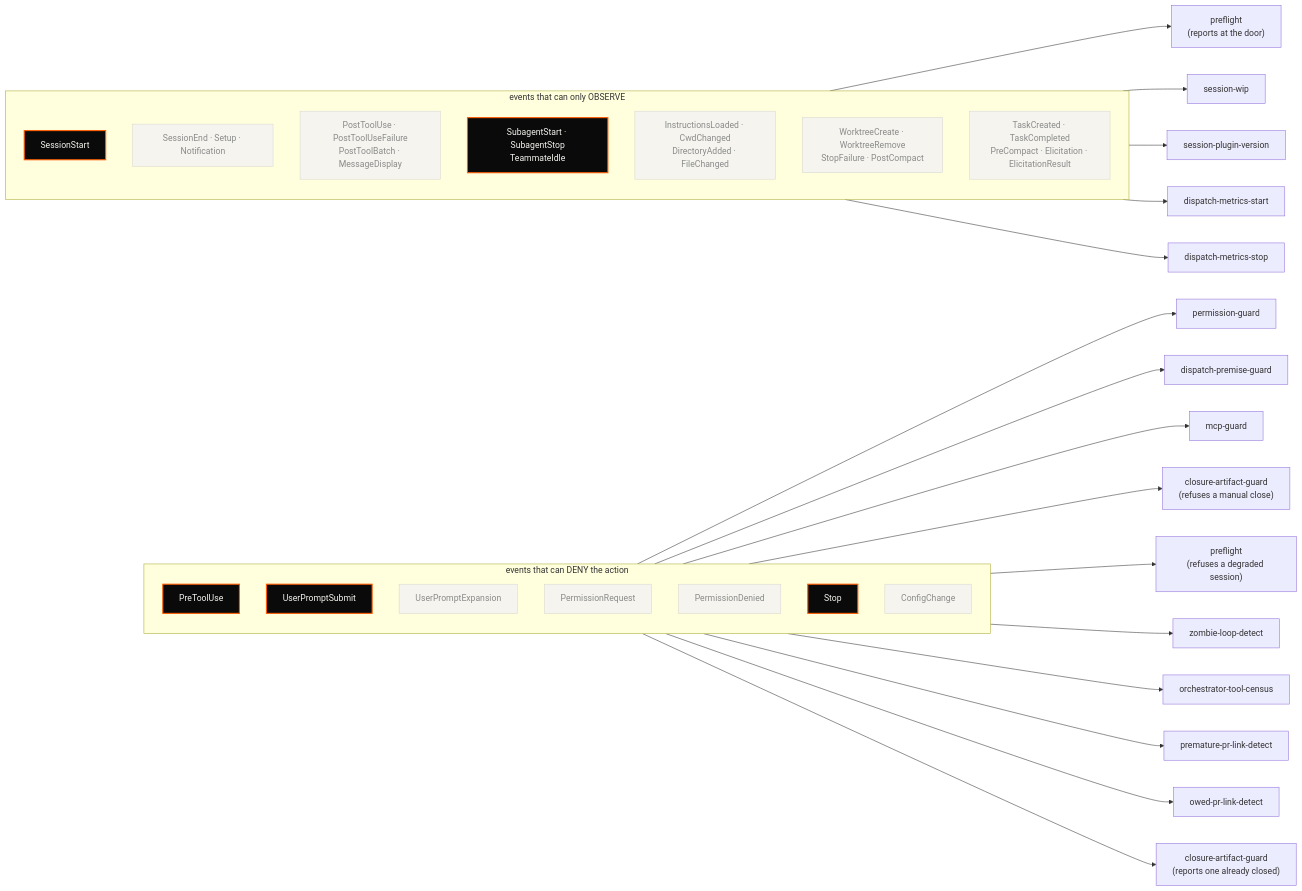
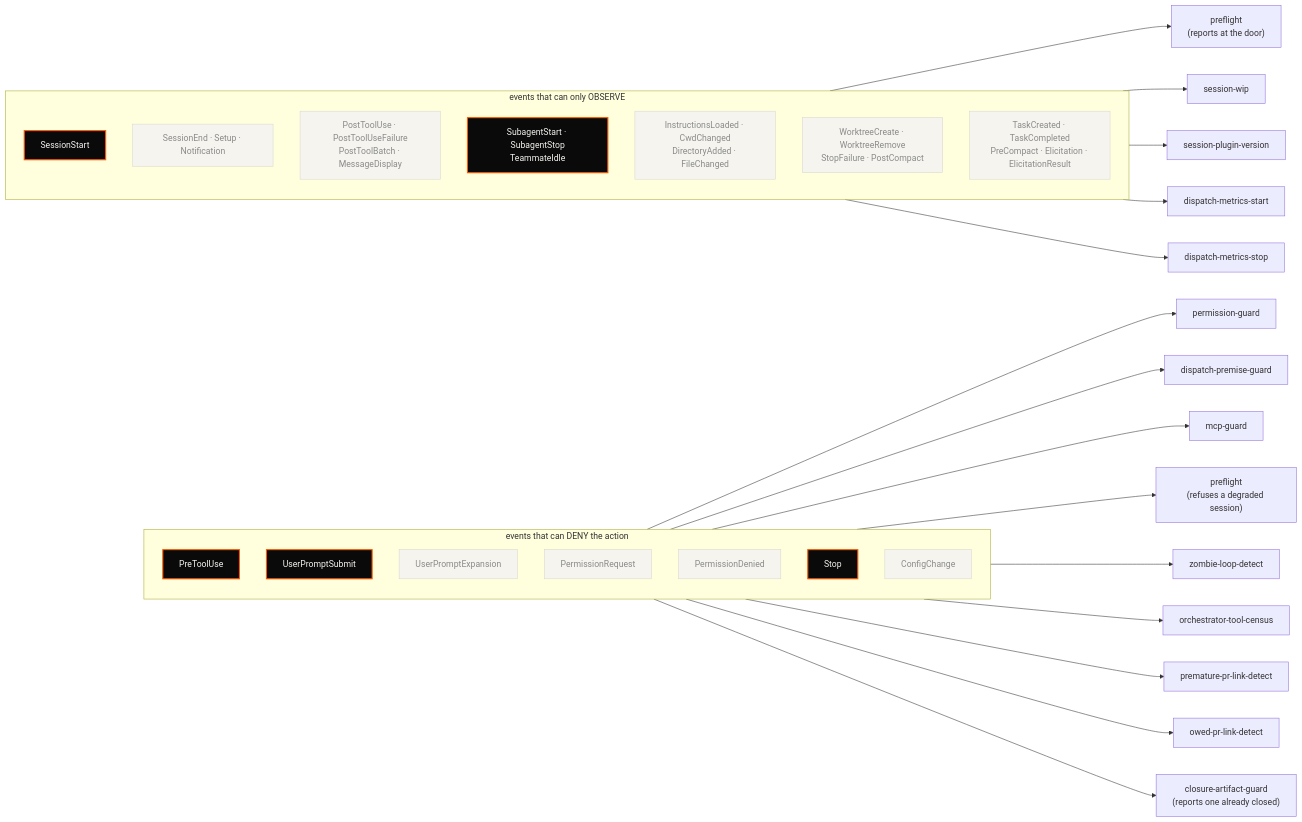
The fourth of 5 diagrams in README.md (tedeuxx/tadeumendonca-skills), drawn with Mermaid before and after one commit. The commit also changed other lines of this file and 9 other files, not shown here.

````diff
--- a/README.md
+++ b/README.md
@@ -1340,61 +1340,59 @@
 ```mermaid
 flowchart LR
   classDef used fill:#0A0A0A,color:#F5F4EF,stroke:#FF5A00,stroke-width:2px
   classDef idle fill:#F5F4EF,color:#8A8A8A,stroke:#D8D6CE
 
   subgraph BLOCK["events that can DENY the action"]
     direction TB
     E1["PreToolUse"]
     E2["UserPromptSubmit"]
     E3["UserPromptExpansion"]:::idle
     E4["PermissionRequest"]:::idle
     E5["PermissionDenied"]:::idle
     E6["Stop"]
     E7["ConfigChange"]:::idle
   end
 
   subgraph OBS["events that can only OBSERVE"]
     direction TB
     O1["SessionStart"]
     O2["SessionEnd · Setup · Notification"]:::idle
     O3["PostToolUse · PostToolUseFailure<br/>PostToolBatch · MessageDisplay"]:::idle
     O4["SubagentStart · SubagentStop<br/>TeammateIdle"]:::idle
     O5["InstructionsLoaded · CwdChanged<br/>DirectoryAdded · FileChanged"]:::idle
     O6["WorktreeCreate · WorktreeRemove<br/>StopFailure · PostCompact"]:::idle
     O7["TaskCreated · TaskCompleted<br/>PreCompact · Elicitation · ElicitationResult"]:::idle
   end
 
   H1["permission-guard"]
   H3["session-wip"]
   H4["session-plugin-version"]
   H5["dispatch-metrics-start"]
   H6["dispatch-metrics-stop"]
   H7["zombie-loop-detect"]
   H9["orchestrator-tool-census"]
   H10["premature-pr-link-detect"]
   H17["owed-pr-link-detect"]
   H11["dispatch-premise-guard"]
-  H12["closure-artifact-guard<br/>(refuses a manual close)"]
   H13["closure-artifact-guard<br/>(reports one already closed)"]
   H14["preflight<br/>(refuses a degraded session)"]
   H15["preflight<br/>(reports at the door)"]
   H16["mcp-guard"]
 
   E1 --> H1
   E1 --> H11
   E1 --> H16
-  E1 --> H12
   E2 --> H14
   O1 --> H15
   O1 --> H3
   O1 --> H4
   O4 --> H5
   O4 --> H6
   E6 --> H7
   E6 --> H9
   E6 --> H10
   E6 --> H17
   E6 --> H13
 
   class E1,E2,O1,O4,E6 used
 ```
````
